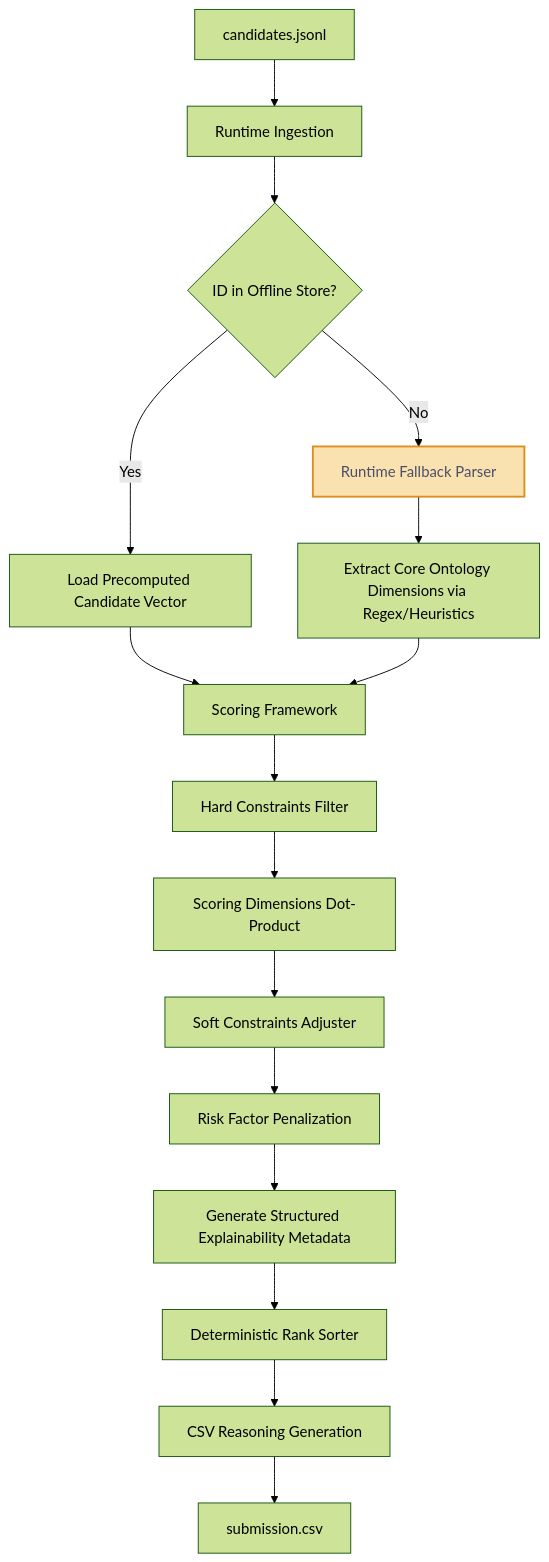
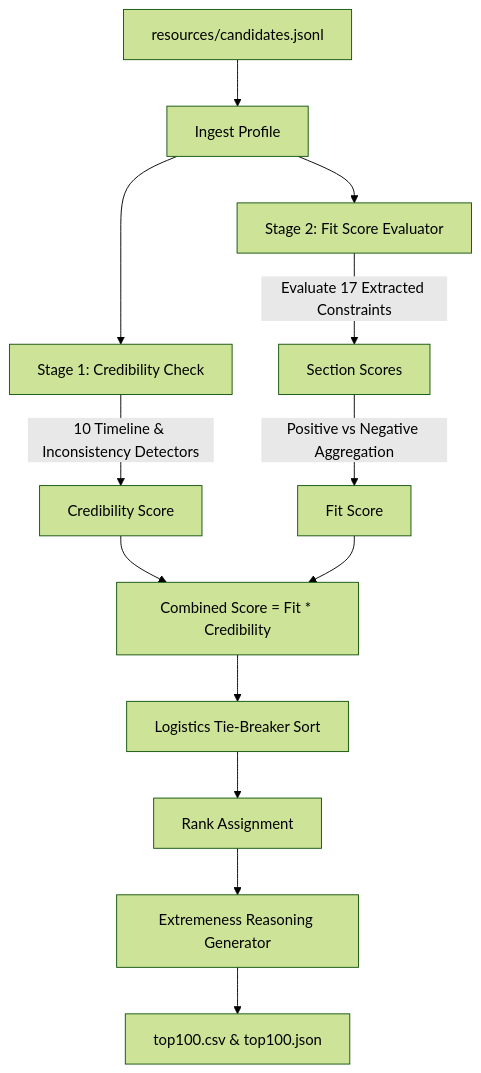
One commit to Ishita-Umredkar/TalentPrism changed the diagram in docs/architecture_blueprint.md. Above: the diagram before and after it, drawn with Mermaid (forest theme). The commit also changed other lines of this file and 42 other files, not shown here.

````diff
--- a/docs/architecture_blueprint.md
+++ b/docs/architecture_blueprint.md
@@ -152,19 +46,14 @@
 ```mermaid
 flowchart TD
-    A[candidates.jsonl] --> B[Runtime Ingestion]
-    B --> C{ID in Offline Store?}
-    C -->|Yes| D[Load Precomputed Candidate Vector]
-    C -->|No| E[Runtime Fallback Parser]
-    E --> F[Extract Core Ontology Dimensions via Regex/Heuristics]
-    D & F --> G[Scoring Framework]
-    G --> H[Hard Constraints Filter]
-    H --> I[Scoring Dimensions Dot-Product]
-    I --> J[Soft Constraints Adjuster]
-    J --> K[Risk Factor Penalization]
-    K --> L[Generate Structured Explainability Metadata]
-    L --> M[Deterministic Rank Sorter]
-    M --> N[CSV Reasoning Generation]
-    N --> O[submission.csv]
-    
-    style E fill:#f9e2af,stroke:#df8e1d,stroke-width:2px,color:#4c4f69
+    A[resources/candidates.jsonl] --> B[Ingest Profile]
+    B --> C[Stage 1: Credibility Check]
+    C -->|10 Timeline & Inconsistency Detectors| D[Credibility Score]
+    B --> E[Stage 2: Fit Score Evaluator]
+    E -->|Evaluate 17 Extracted Constraints| F[Section Scores]
+    F -->|Positive vs Negative Aggregation| G[Fit Score]
+    D & G --> H[Combined Score = Fit * Credibility]
+    H --> I[Logistics Tie-Breaker Sort]
+    I --> J[Rank Assignment]
+    J --> K[Extremeness Reasoning Generator]
+    K --> L[top100.csv & top100.json]
 ```
````
